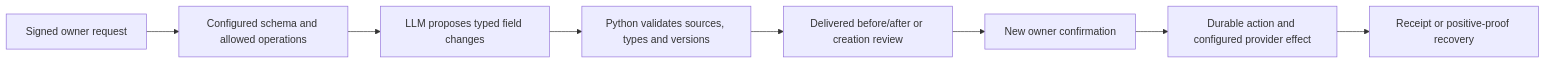
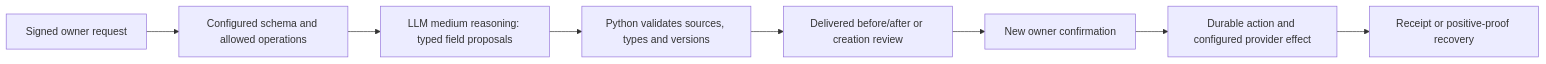
Before and after one commit to thanaphatt1/line-personal-assistant: the second of 2 diagrams in docs/architecture.md, drawn with Mermaid. The commit also changed other lines of this file and 54 other files, not shown here.

````diff
--- a/docs/architecture.md
+++ b/docs/architecture.md
@@ -51,10 +51,10 @@
 ```mermaid
 flowchart LR
     Request[Signed owner request] --> Metadata[Configured schema and allowed operations]
-    Metadata --> Model[LLM proposes typed field changes]
+    Metadata --> Model[LLM medium reasoning: typed field proposals]
     Model --> Validate[Python validates sources, types and versions]
     Validate --> Review[Delivered before/after or creation review]
     Review --> Owner[New owner confirmation]
     Owner --> Effect[Durable action and configured provider effect]
     Effect --> Receipt[Receipt or positive-proof recovery]
 ```
````
